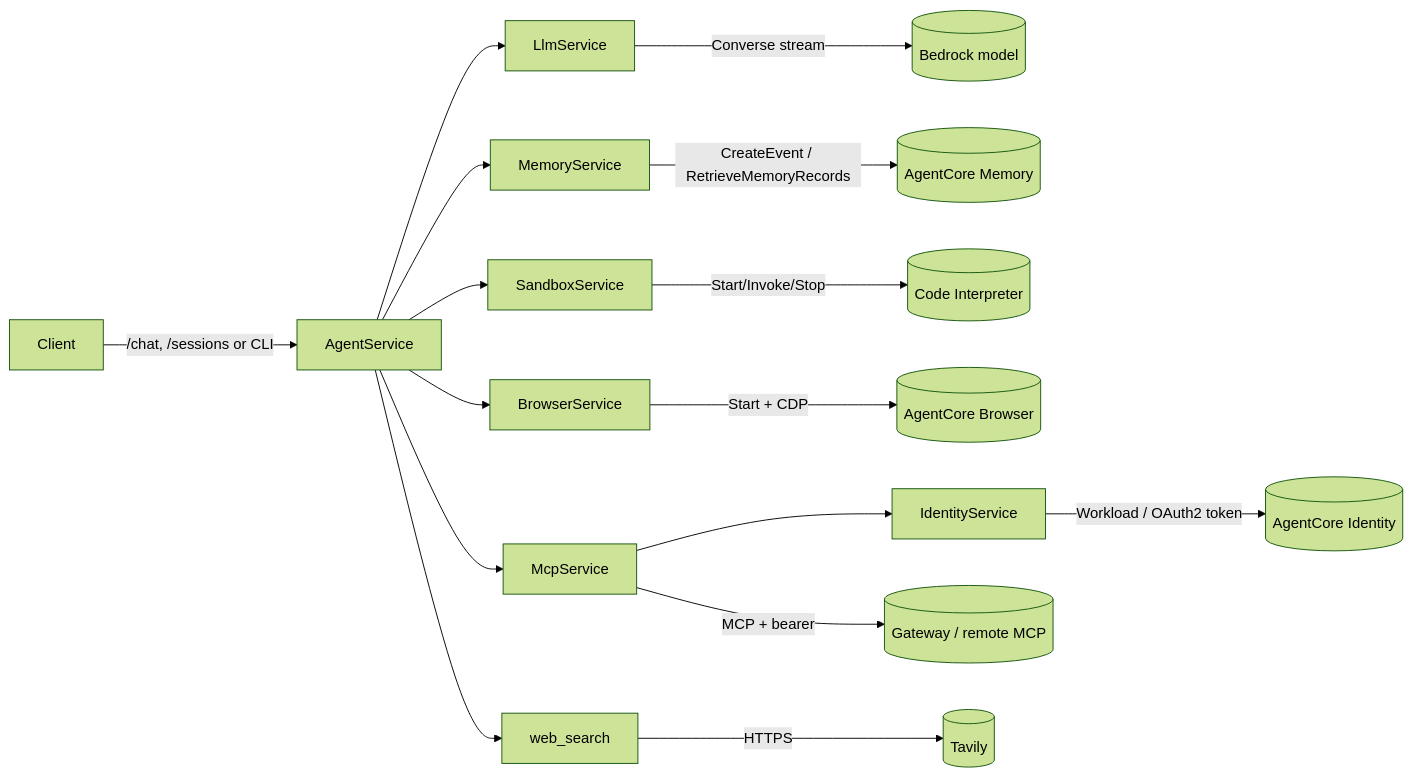
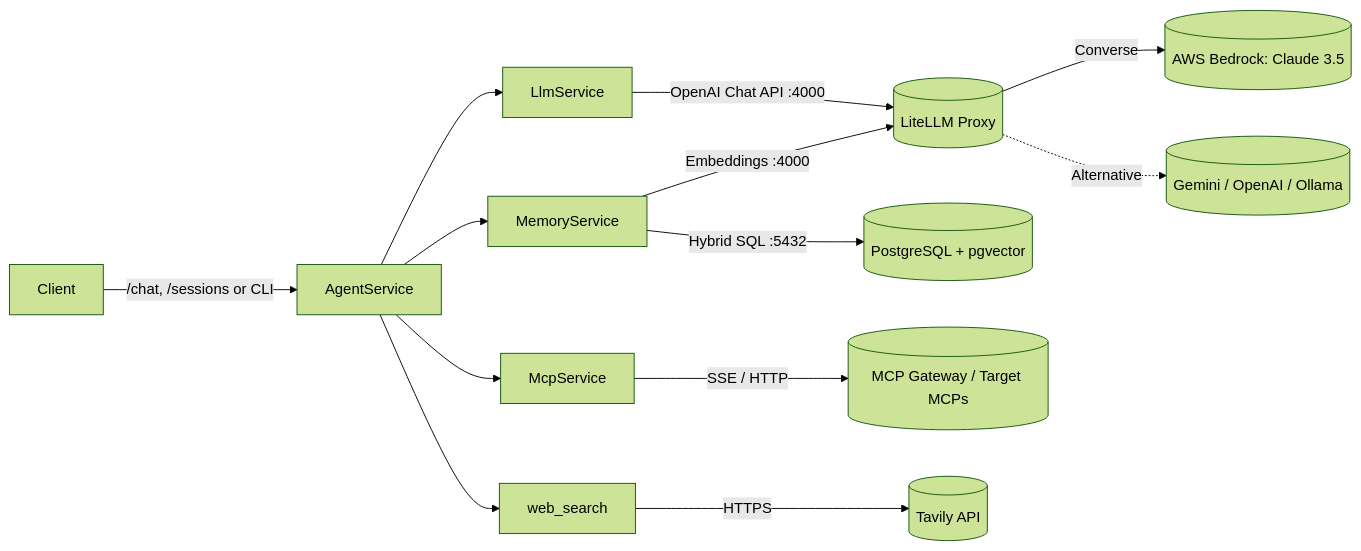
Before and after one commit to shopnexus/agent: the first of 3 diagrams in README.md, drawn with Mermaid (forest theme). The commit also changed other lines of this file and 16 other files, not shown here.

Commit message:
refactor(agent): migrate to LiteLLM proxy and pgvector for long/short-term memory

````diff
--- a/README.md
+++ b/README.md
@@ -38,19 +37,18 @@
 ```mermaid
 flowchart LR
   Client -->|/chat, /sessions or CLI| Agent[AgentService]
   Agent --> Llm[LlmService]
   Agent --> Mem[MemoryService]
-  Agent --> Sbx[SandboxService]
-  Agent --> Brw[BrowserService]
   Agent --> Mcp[McpService]
   Agent --> Web[web_search]
-  Mcp --> Ident[IdentityService]
 
-  Llm -->|Converse stream| Bedrock[(Bedrock model)]
-  Mem -->|CreateEvent / RetrieveMemoryRecords| Memory[(AgentCore Memory)]
-  Sbx -->|Start/Invoke/Stop| CodeInt[(Code Interpreter)]
-  Brw -->|Start + CDP| Browser[(AgentCore Browser)]
-  Ident -->|Workload / OAuth2 token| Identity[(AgentCore Identity)]
-  Mcp -->|MCP + bearer| Gateway[(Gateway / remote MCP)]
-  Web -->|HTTPS| Tavily[(Tavily)]
+  Llm -->|OpenAI Chat API :4000| LiteLLM[(LiteLLM Proxy)]
+  LiteLLM -->|Converse| Bedrock[(AWS Bedrock: Claude 3.5)]
+  LiteLLM -.->|Alternative| OtherLLMs[(Gemini / OpenAI / Ollama)]
+
+  Mem -->|Embeddings :4000| LiteLLM
+  Mem -->|Hybrid SQL :5432| Postgres[(PostgreSQL + pgvector)]
+
+  Mcp -->|SSE / HTTP| Gateway[(MCP Gateway / Target MCPs)]
+  Web -->|HTTPS| Tavily[(Tavily API)]
 ```
````
